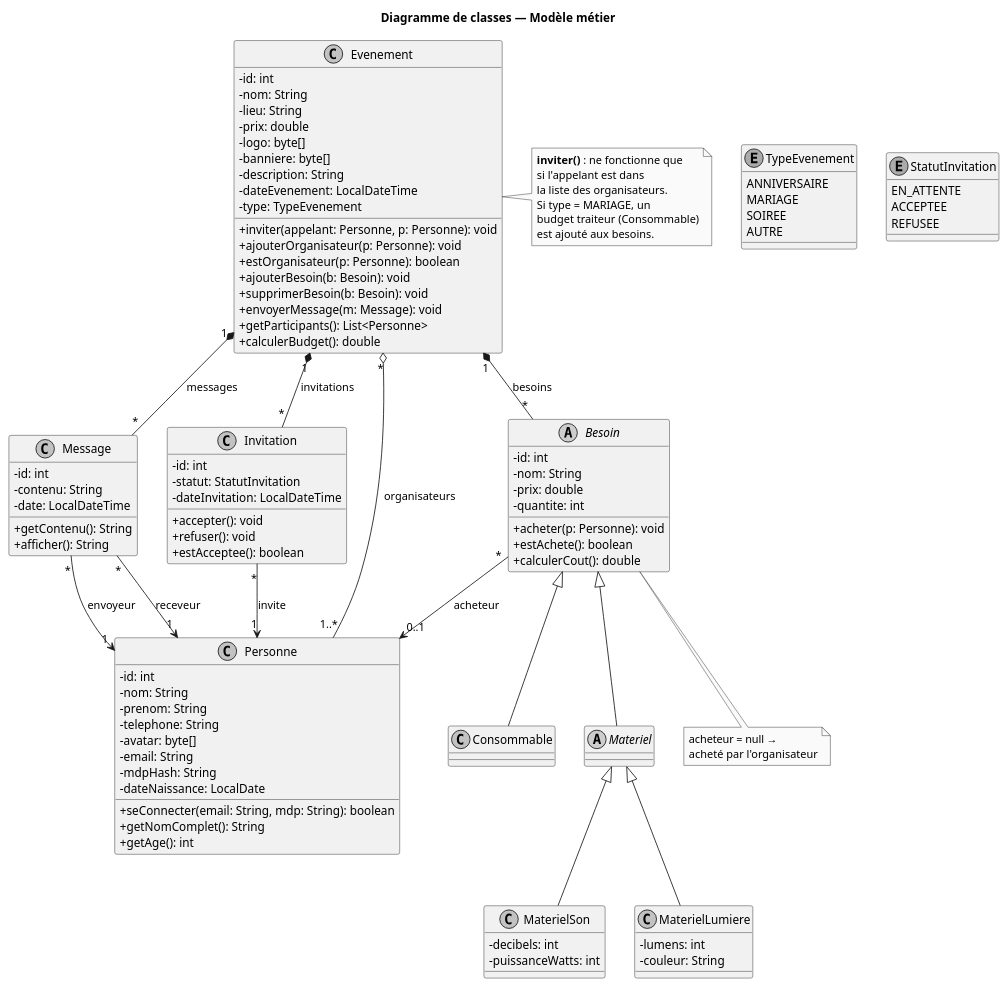
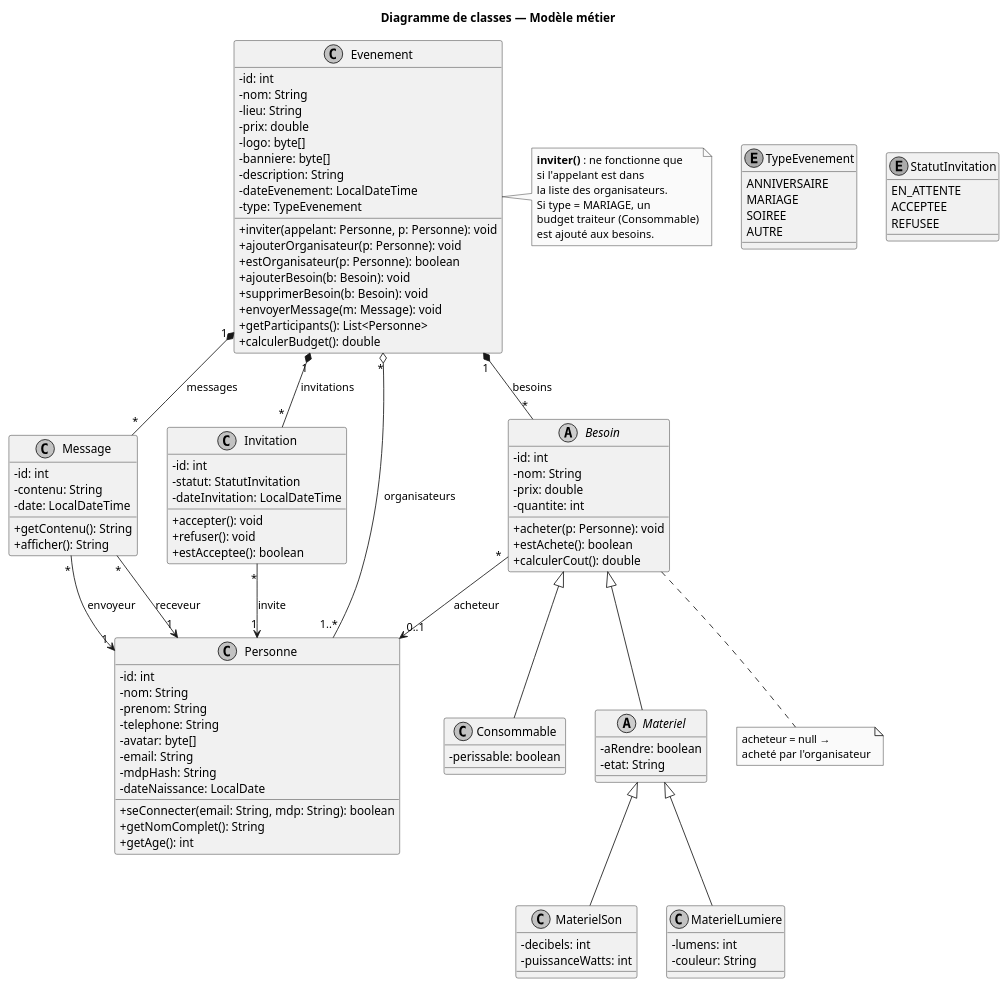
Before and after one commit to Tactiis239/gestion-event: the diagram in doc/uml/classes.puml, drawn with PlantUML. The commit also changed 3 other files, not shown here.

Commit message:
Besoins : perissable sur Consommable, aRendre et etat sur Materiel

```diff
--- a/doc/uml/classes.puml
+++ b/doc/uml/classes.puml
@@ -1,125 +1,129 @@
 @startuml classes
 skinparam shadowing false
 skinparam monochrome true
 skinparam defaultFontName Helvetica
 skinparam classAttributeIconSize 0
 
 title Diagramme de classes — Modèle métier
 
 class Evenement {
   -id: int
   -nom: String
   -lieu: String
   -prix: double
   -logo: byte[]
   -banniere: byte[]
   -description: String
   -dateEvenement: LocalDateTime
   -type: TypeEvenement
   +inviter(appelant: Personne, p: Personne): void
   +ajouterOrganisateur(p: Personne): void
   +estOrganisateur(p: Personne): boolean
   +ajouterBesoin(b: Besoin): void
   +supprimerBesoin(b: Besoin): void
   +envoyerMessage(m: Message): void
   +getParticipants(): List<Personne>
   +calculerBudget(): double
 }
 
 enum TypeEvenement {
   ANNIVERSAIRE
   MARIAGE
   SOIREE
   AUTRE
 }
 
 class Message {
   -id: int
   -contenu: String
   -date: LocalDateTime
   +getContenu(): String
   +afficher(): String
 }
 
 class Invitation {
   -id: int
   -statut: StatutInvitation
   -dateInvitation: LocalDateTime
   +accepter(): void
   +refuser(): void
   +estAcceptee(): boolean
 }
 
 enum StatutInvitation {
   EN_ATTENTE
   ACCEPTEE
   REFUSEE
 }
 
 abstract class Besoin {
   -id: int
   -nom: String
   -prix: double
   -quantite: int
   +acheter(p: Personne): void
   +estAchete(): boolean
   +calculerCout(): double
 }
 
 class Consommable {
+  -perissable: boolean
 }
 
-abstract class Materiel
+abstract class Materiel {
+  -aRendre: boolean
+  -etat: String
+}
 
 class MaterielSon {
   -decibels: int
   -puissanceWatts: int
 }
 
 class MaterielLumiere {
   -lumens: int
   -couleur: String
 }
 
 class Personne {
   -id: int
   -nom: String
   -prenom: String
   -telephone: String
   -avatar: byte[]
   -email: String
   -mdpHash: String
   -dateNaissance: LocalDate
   +seConnecter(email: String, mdp: String): boolean
   +getNomComplet(): String
   +getAge(): int
 }
 
 Evenement "*" o-- "1..*" Personne : organisateurs
 Evenement "1" *-- "*" Invitation : invitations
 Evenement "1" *-- "*" Besoin : besoins
 Evenement "1" *-- "*" Message : messages
 
 Message "*" --> "1" Personne : envoyeur
 Message "*" --> "1" Personne : receveur
 Invitation "*" --> "1" Personne : invite
 Besoin "*" --> "0..1" Personne : acheteur
 
 Besoin <|-- Consommable
 Besoin <|-- Materiel
 Materiel <|-- MaterielSon
 Materiel <|-- MaterielLumiere
 
 note right of Evenement
   **inviter()** : ne fonctionne que
   si l'appelant est dans
   la liste des organisateurs.
   Si type = MARIAGE, un
   budget traiteur (Consommable)
   est ajouté aux besoins.
 end note
 
 note "acheteur = null →\nacheté par l'organisateur" as N2
 Besoin .. N2
 
 @enduml
```
